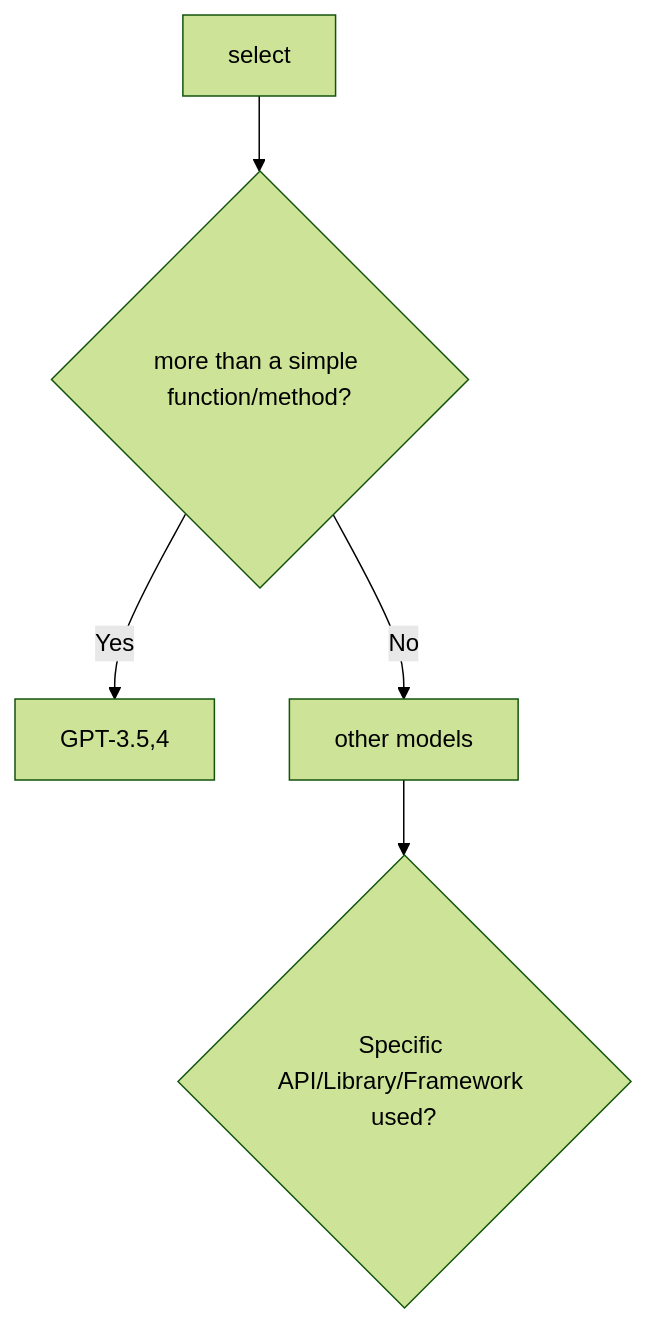
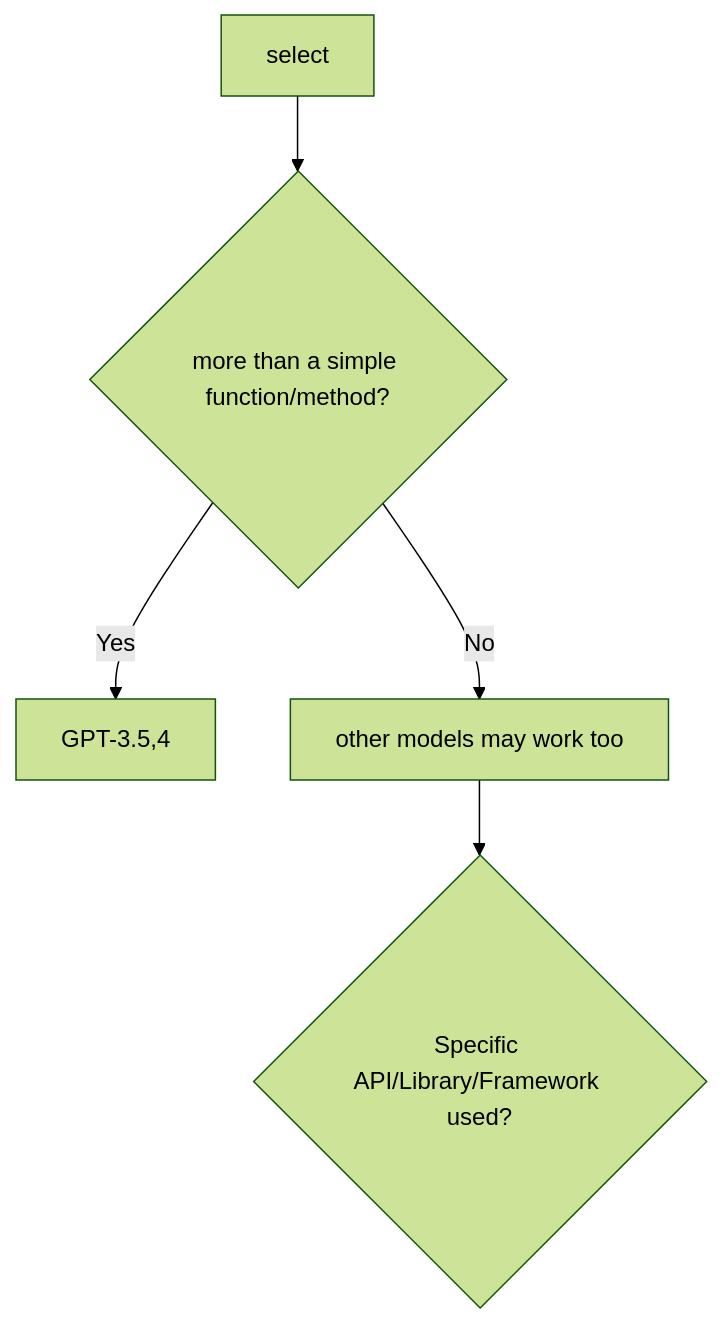
One commit to AI-LLM/ai-llm.github.io changed the diagram in Code-LLM-alternatives.md. Above: the diagram before and after it, drawn with Mermaid (forest theme).

````diff
--- a/Code-LLM-alternatives.md
+++ b/Code-LLM-alternatives.md
@@ -418,7 +418,7 @@
 ```mermaid
 graph TD;
     S[select]-->Q1{more than a simple function/method?};
     Q1 -- Yes -->P1[GPT-3.5,4];
-    Q1 -- No -->P2[other models];
+    Q1 -- No -->P2[other models may work too];
     P2 --> Q2{Specific API/Library/Framework used?}
 ```
````
